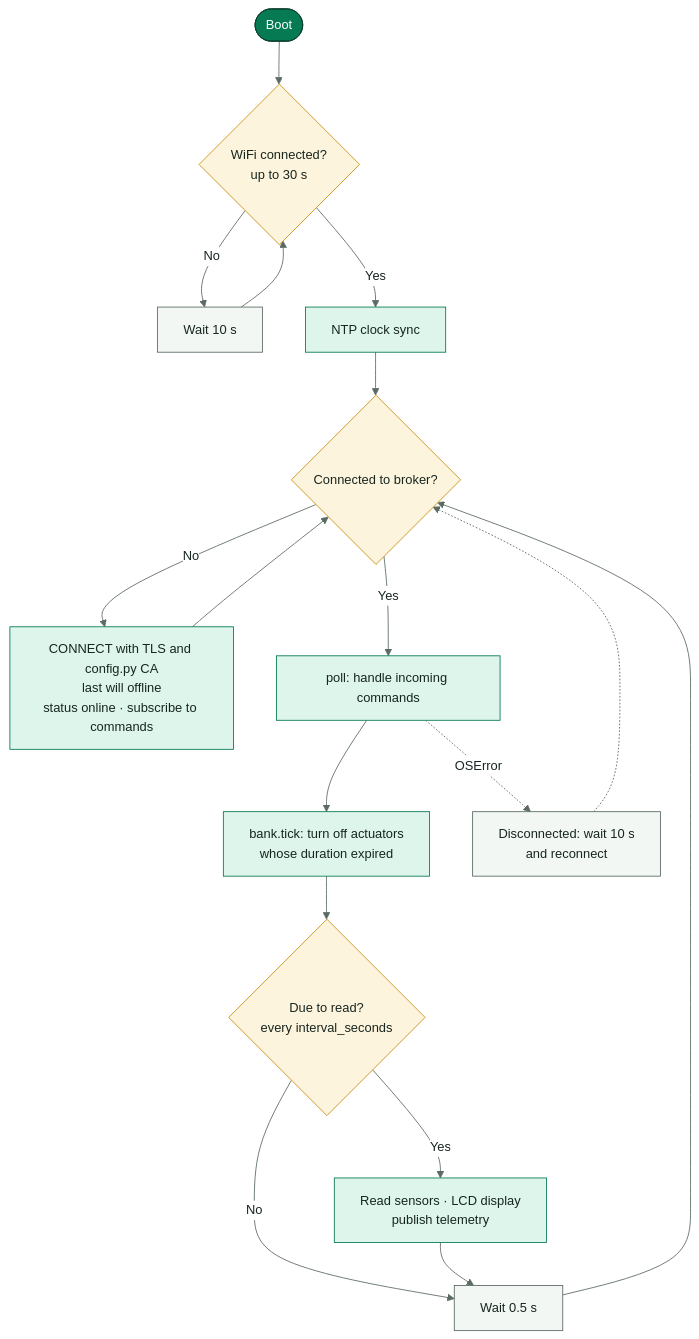
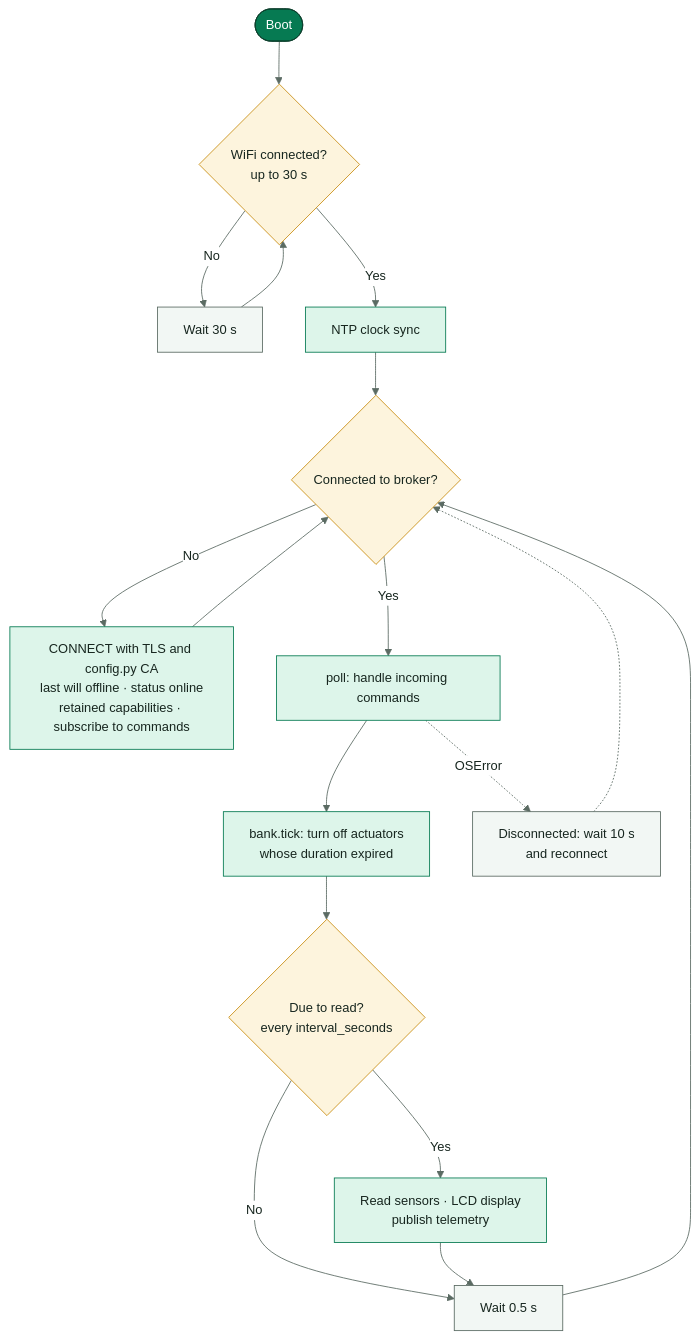
Before and after one commit to SmartPotTech/SmartPot-IoT-Python: the second of 3 diagrams in docs/SmartPot_IoT_Documentation.md, drawn with Mermaid. The commit also changed other lines of this file and 4 other files, not shown here.

````diff
--- a/docs/SmartPot_IoT_Documentation.md
+++ b/docs/SmartPot_IoT_Documentation.md
@@ -102,28 +102,28 @@
 ```mermaid
 %%{init: {"theme": "base", "fontFamily": "Segoe UI, Arial, sans-serif", "themeVariables": {"fontFamily": "Segoe UI, Arial, sans-serif", "fontSize": "15px", "primaryColor": "#DDF5EA", "primaryTextColor": "#17261F", "primaryBorderColor": "#067A52", "secondaryColor": "#E3F2FB", "secondaryTextColor": "#17261F", "secondaryBorderColor": "#1F6FA0", "tertiaryColor": "#F2F7F4", "tertiaryTextColor": "#17261F", "tertiaryBorderColor": "#D5E3DC", "lineColor": "#5B6B63", "textColor": "#17261F", "mainBkg": "#DDF5EA", "nodeBorder": "#067A52", "clusterBkg": "#F7FAF8", "clusterBorder": "#D5E3DC", "edgeLabelBackground": "#FFFFFF", "actorBkg": "#067A52", "actorBorder": "#0B3D2B", "actorTextColor": "#FFFFFF", "actorLineColor": "#5B6B63", "signalColor": "#17261F", "signalTextColor": "#17261F", "labelBoxBkgColor": "#0B3D2B", "labelBoxBorderColor": "#0B3D2B", "labelTextColor": "#FFFFFF", "loopTextColor": "#0B3D2B", "noteBkgColor": "#FDF4DD", "noteBorderColor": "#C98D12", "noteTextColor": "#17261F", "activationBkgColor": "#DDF5EA", "activationBorderColor": "#067A52", "attributeBackgroundColorOdd": "#FFFFFF", "attributeBackgroundColorEven": "#F2F7F4"}}}%%
 flowchart TB
   boot(["Boot"]) --> wifi{"WiFi connected?<br/>up to 30 s"}
-  wifi -->|"No"| wait["Wait 10 s"] --> wifi
+  wifi -->|"No"| wait["Wait 30 s"] --> wifi
   wifi -->|"Yes"| ntp["NTP clock sync"]
   ntp --> mqtt{"Connected to broker?"}
-  mqtt -->|"No"| connect["CONNECT with TLS and config.py CA<br/>last will offline<br/>status online · subscribe to commands"]
+  mqtt -->|"No"| connect["CONNECT with TLS and config.py CA<br/>last will offline · status online<br/>retained capabilities · subscribe to commands"]
   connect --> mqtt
   mqtt -->|"Yes"| poll["poll: handle incoming commands"]
   poll --> tick["bank.tick: turn off actuators<br/>whose duration expired"]
   tick --> due{"Due to read?<br/>every interval_seconds"}
   due -->|"Yes"| read["Read sensors · LCD display<br/>publish telemetry"]
   due -->|"No"| sleep["Wait 0.5 s"]
   read --> sleep --> mqtt
   poll -.->|"OSError"| lost["Disconnected: wait 10 s<br/>and reconnect"] -.-> mqtt
   classDef leaf fill:#DDF5EA,stroke:#067A52,color:#17261F
   classDef water fill:#E3F2FB,stroke:#1F6FA0,color:#17261F
   classDef sun fill:#FDF4DD,stroke:#C98D12,color:#17261F
   classDef clay fill:#FBE9E1,stroke:#B85A38,color:#17261F
   classDef core fill:#067A52,stroke:#0B3D2B,color:#FFFFFF
   classDef deep fill:#0B3D2B,stroke:#06281C,color:#FFFFFF
   classDef muted fill:#F2F7F4,stroke:#5B6B63,color:#17261F
   class boot core
   class wifi,mqtt,due sun
   class wait,sleep,lost muted
   class ntp,connect,poll,tick,read leaf
 ```
````
